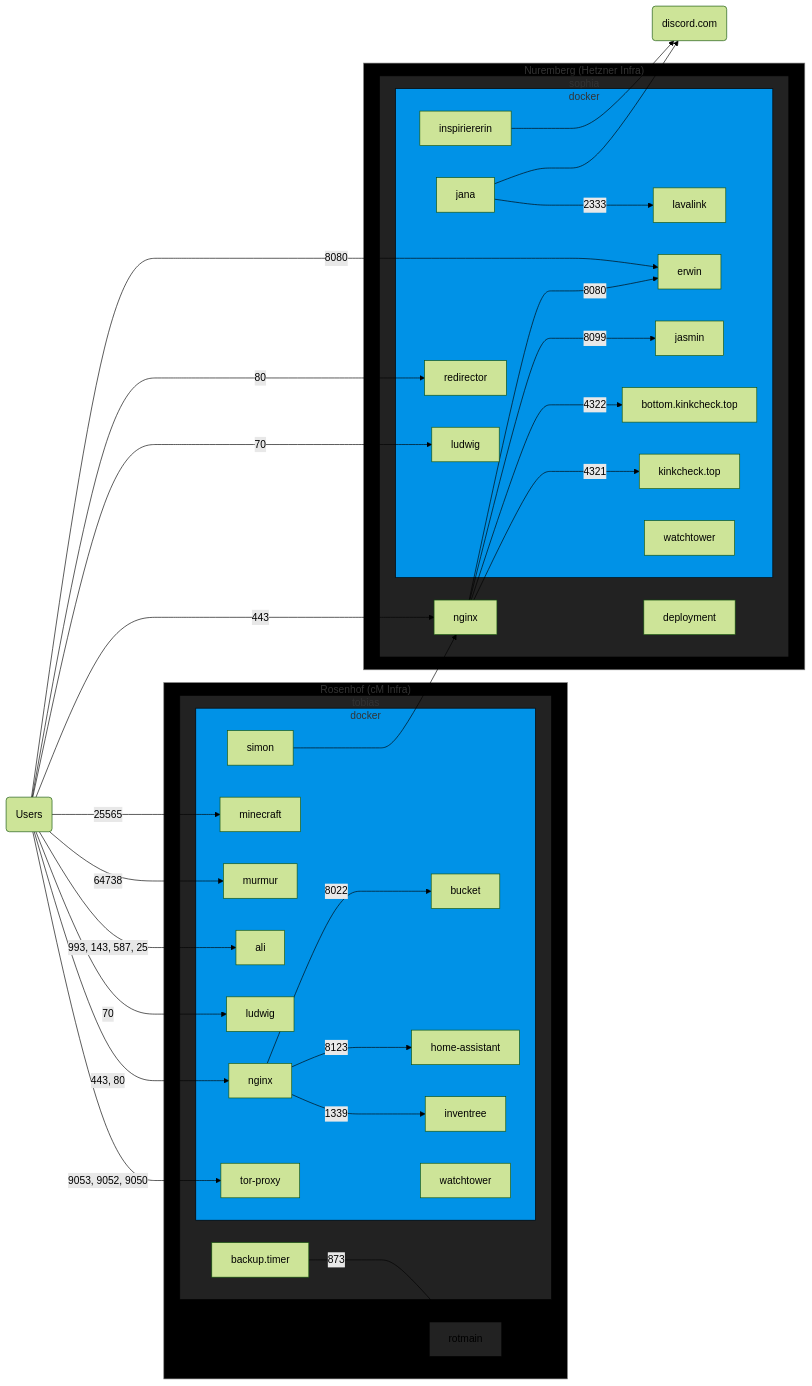
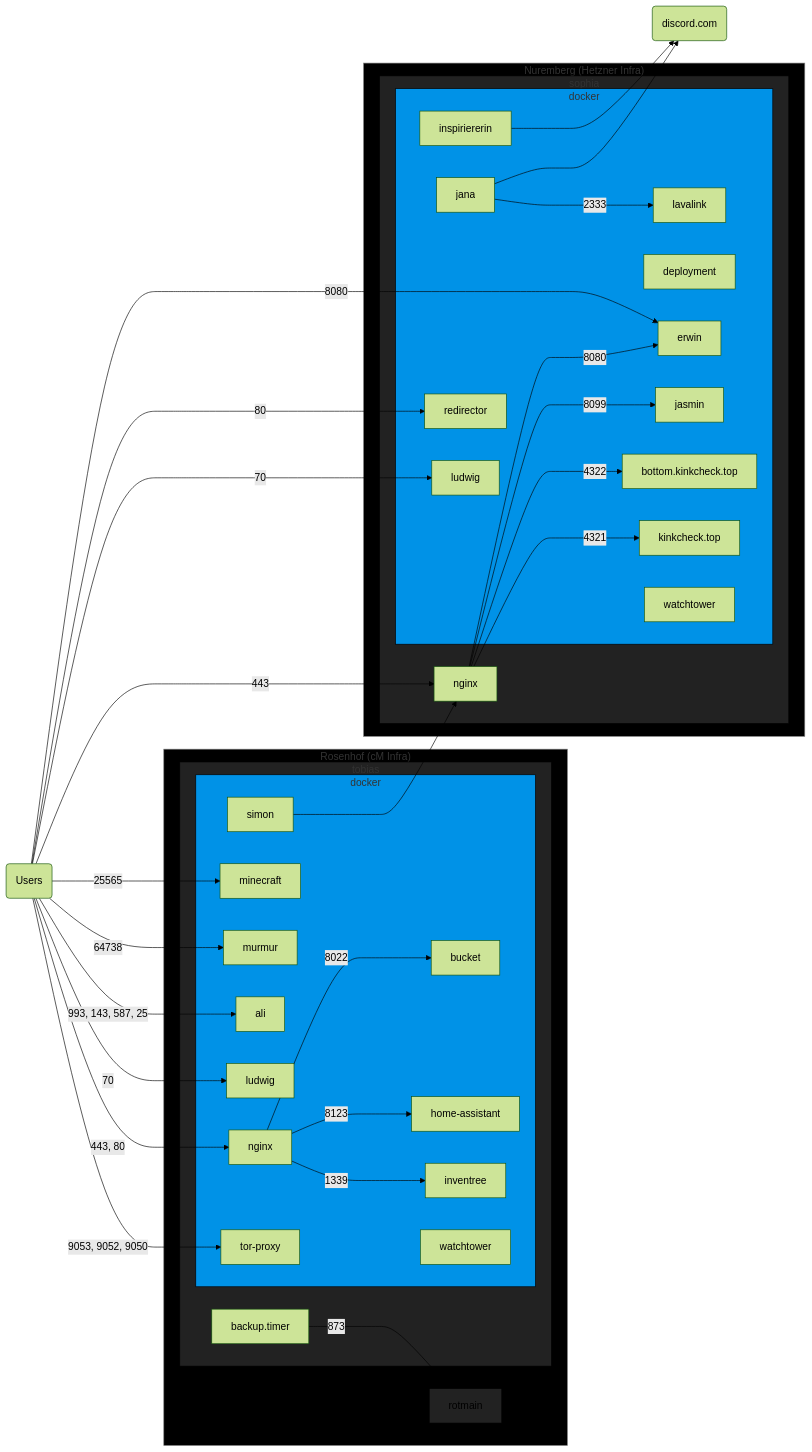
Before and after one commit to chrissxMedia/chrissx.de.conf.sh: the diagram in README.md, drawn with Mermaid (forest theme).

Commit message:
readme: infra: deployment now runs under docker

```diff
--- a/README.md
+++ b/README.md
@@ -43,6 +43,7 @@
       jana -- 2333 --> lavalink
       ludwigsophia[ludwig]
       redirector
+      deployment
       kinkcheck.top
       bottom.kinkcheck.top
       jasmin
@@ -53,7 +54,6 @@
     nginxsophia -- 4322 --> bottom.kinkcheck.top
     nginxsophia -- 8099 --> jasmin
     nginxsophia -- 8080 --> erwin
-    deployment
   end
 end
 
```
